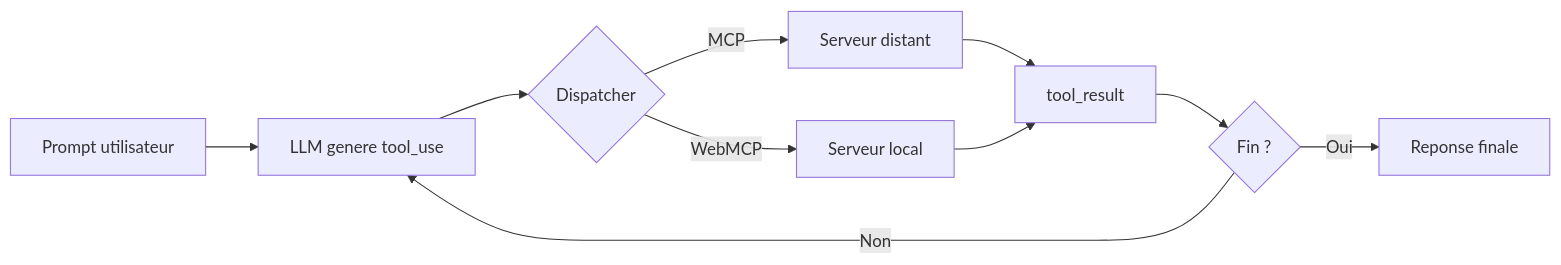
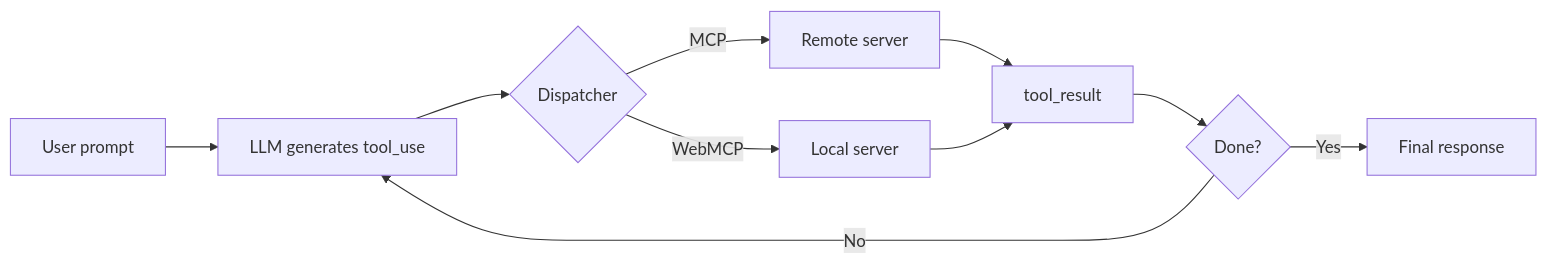
The diagram in docs/starlight/src/content/docs/index.mdx (jeanbaptiste/webmcp-auto-ui), drawn with Mermaid before and after one commit. The commit also changed other lines of this file and 94 other files, not shown here.

````diff
--- a/docs/starlight/src/content/docs/index.mdx
+++ b/docs/starlight/src/content/docs/index.mdx
@@ -84,12 +84,12 @@
 ```mermaid
 graph LR
-    A[Prompt utilisateur] --> B[LLM genere tool_use]
+    A[User prompt] --> B[LLM generates tool_use]
     B --> C{Dispatcher}
-    C -->|MCP| D[Serveur distant]
-    C -->|WebMCP| E[Serveur local]
+    C -->|MCP| D[Remote server]
+    C -->|WebMCP| E[Local server]
     D --> F[tool_result]
     E --> F
-    F --> G{Fin ?}
-    G -->|Non| B
-    G -->|Oui| H[Reponse finale]
+    F --> G{Done?}
+    G -->|No| B
+    G -->|Yes| H[Final response]
 ```
````
